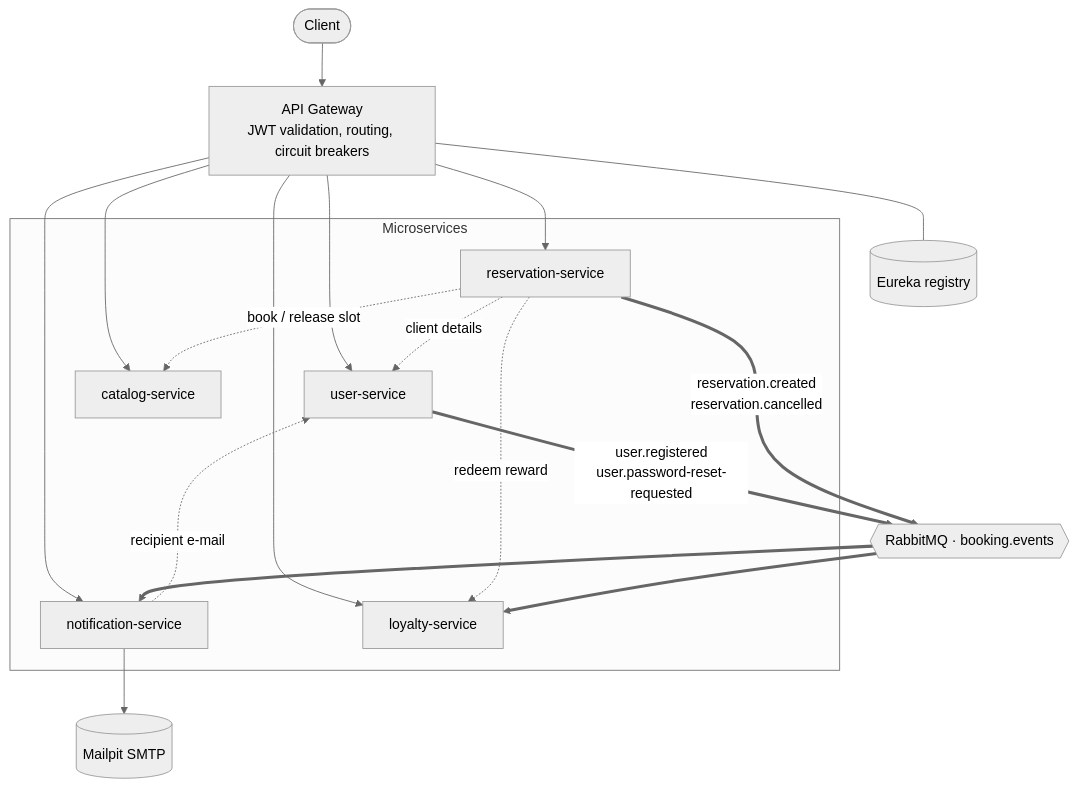
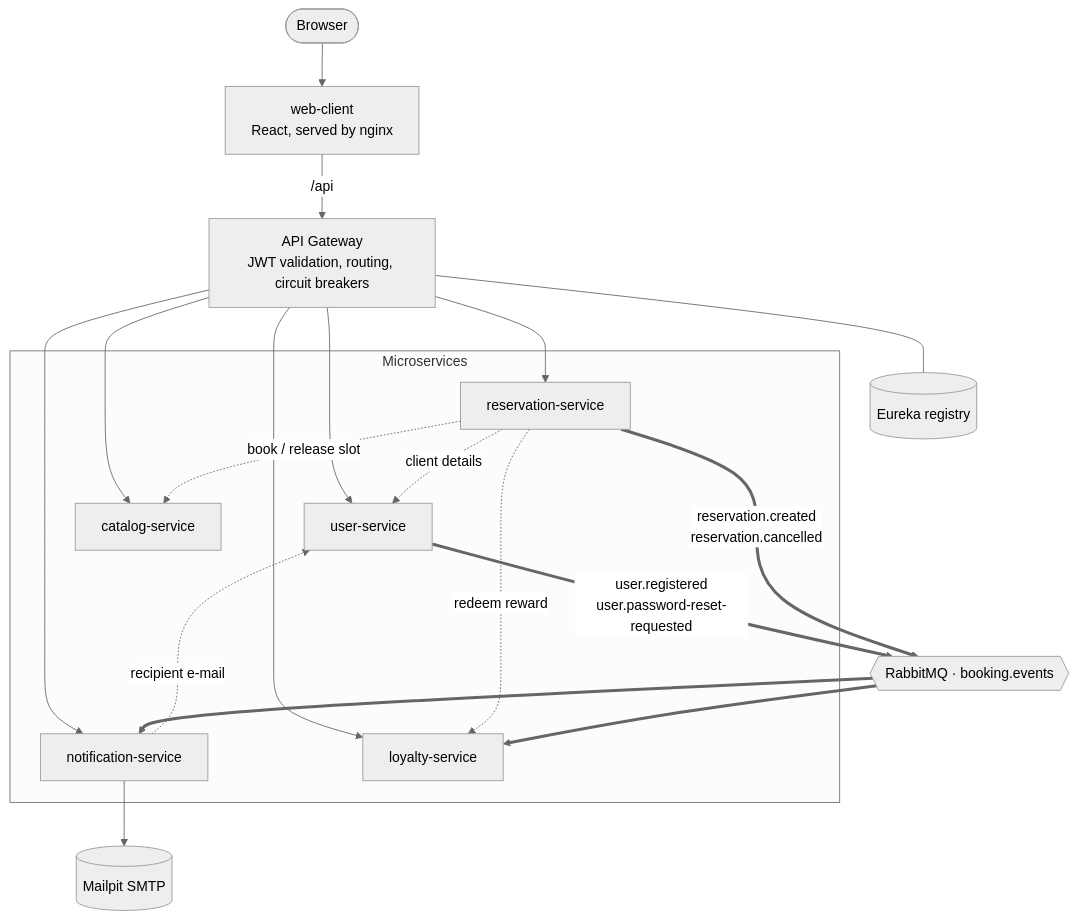
The diagram in README.md (tamarakurcubiccc/Appointment-booking-system), drawn with Mermaid (neutral theme) before and after one commit. The commit also changed other lines of this file, not shown here.

Commit message:
docs: README - web client, CI and the verified Kubernetes deployment

````diff
--- a/README.md
+++ b/README.md
@@ -15,35 +19,37 @@
 ```mermaid
 flowchart TB
-    client([Client])
+    browser([Browser])
+    web[web-client<br/>React, served by nginx]
     gw[API Gateway<br/>JWT validation, routing, circuit breakers]
-    client --> gw
+    browser --> web
+    web -->|/api| gw
 
     subgraph services [Microservices]
         user[user-service]
         catalog[catalog-service]
         reservation[reservation-service]
         notification[notification-service]
         loyalty[loyalty-service]
     end
 
     gw --> user
     gw --> catalog
     gw --> reservation
     gw --> notification
     gw --> loyalty
 
     reservation -.->|book / release slot| catalog
     reservation -.->|client details| user
     reservation -.->|redeem reward| loyalty
     notification -.->|recipient e-mail| user
 
     broker{{RabbitMQ · booking.events}}
     user ==>|user.registered<br/>user.password-reset-requested| broker
     reservation ==>|reservation.created<br/>reservation.cancelled| broker
     broker ==> notification
     broker ==> loyalty
 
     notification --> smtp[(Mailpit SMTP)]
     eureka[(Eureka registry)]
     gw --- eureka
 ```
````
